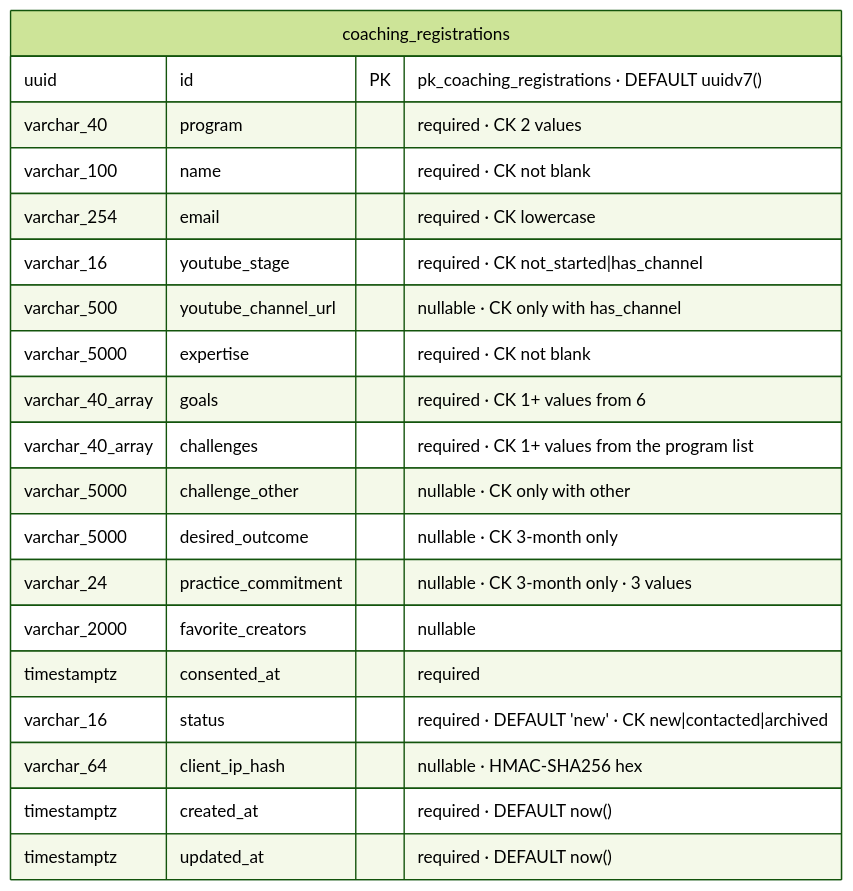
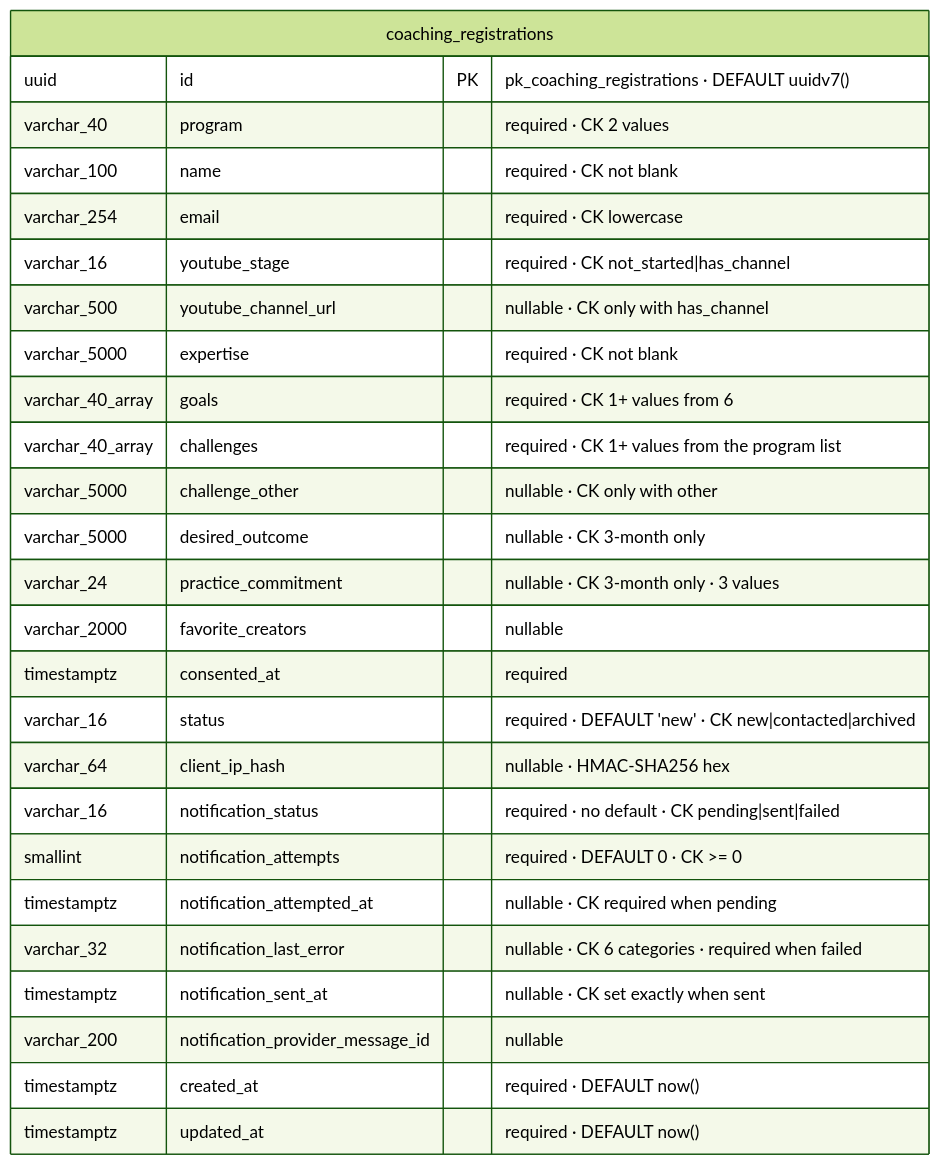
Before and after one commit to kienquocnguyen/xuan-api: diagram 12 of 12 in docs/database.md, drawn with Mermaid (forest theme). The commit also changed other lines of this file and 6 other files, not shown here.

````diff
--- a/docs/database.md
+++ b/docs/database.md
@@ -892,23 +892,29 @@
 ```mermaid
 erDiagram
     coaching_registrations {
         uuid id PK "pk_coaching_registrations · DEFAULT uuidv7()"
         varchar_40 program "required · CK 2 values"
         varchar_100 name "required · CK not blank"
         varchar_254 email "required · CK lowercase"
         varchar_16 youtube_stage "required · CK not_started|has_channel"
         varchar_500 youtube_channel_url "nullable · CK only with has_channel"
         varchar_5000 expertise "required · CK not blank"
         varchar_40_array goals "required · CK 1+ values from 6"
         varchar_40_array challenges "required · CK 1+ values from the program list"
         varchar_5000 challenge_other "nullable · CK only with other"
         varchar_5000 desired_outcome "nullable · CK 3-month only"
         varchar_24 practice_commitment "nullable · CK 3-month only · 3 values"
         varchar_2000 favorite_creators "nullable"
         timestamptz consented_at "required"
         varchar_16 status "required · DEFAULT 'new' · CK new|contacted|archived"
         varchar_64 client_ip_hash "nullable · HMAC-SHA256 hex"
+        varchar_16 notification_status "required · no default · CK pending|sent|failed"
+        smallint notification_attempts "required · DEFAULT 0 · CK >= 0"
+        timestamptz notification_attempted_at "nullable · CK required when pending"
+        varchar_32 notification_last_error "nullable · CK 6 categories · required when failed"
+        timestamptz notification_sent_at "nullable · CK set exactly when sent"
+        varchar_200 notification_provider_message_id "nullable"
         timestamptz created_at "required · DEFAULT now()"
         timestamptz updated_at "required · DEFAULT now()"
     }
 ```
````
